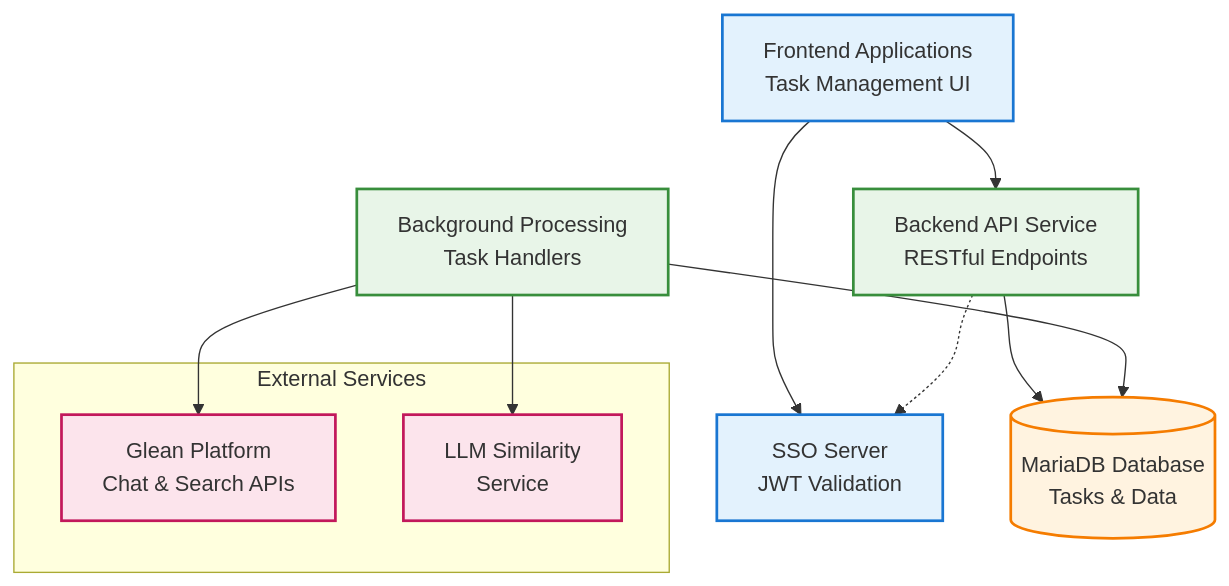
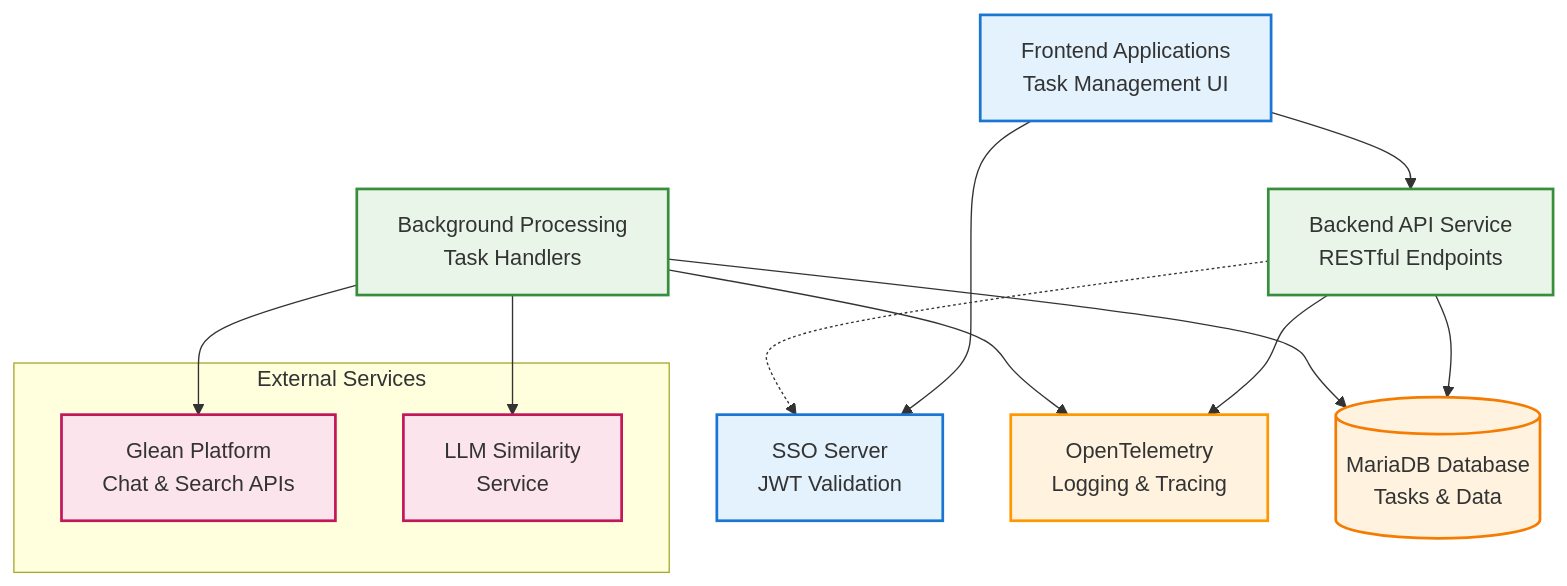
The first of 4 diagrams in docs/README.md (andrewhzy/cursor-learn), drawn with Mermaid before and after one commit. The commit also changed other lines of this file, not shown here.

First line of the commit message:
Enhance README.md with OpenTelemetry integration details

````diff
--- a/docs/README.md
+++ b/docs/README.md
@@ -24,39 +24,46 @@
 ```mermaid
 graph TB
     %% User Interface Layer
     FE[Frontend Applications<br/>Task Management UI]
     SSO[SSO Server<br/>JWT Validation]
     
     %% Core Services
     API[Backend API Service<br/>RESTful Endpoints]
     BGP[Background Processing<br/>Task Handlers]
+    
+    %% Observability Layer
+    OTEL[OpenTelemetry<br/>Logging & Tracing]
     
     %% External Services
     subgraph "External Services"
         Glean[Glean Platform<br/>Chat & Search APIs]
         LLM[LLM Similarity<br/>Service]
     end
     
     %% Data Layer
     DB[(MariaDB Database<br/>Tasks & Data)]
     
     %% High-level connections (simplified)
     FE --> API
     FE --> SSO
     API -.-> SSO
     API --> DB
+    API --> OTEL
     BGP --> DB
+    BGP --> OTEL
     BGP --> Glean
     BGP --> LLM
     
     %% Styling
     classDef frontend fill:#e3f2fd,stroke:#1976d2,stroke-width:2px
     classDef backend fill:#e8f5e8,stroke:#388e3c,stroke-width:2px
+    classDef observability fill:#fff3e0,stroke:#ff9800,stroke-width:2px
     classDef external fill:#fce4ec,stroke:#c2185b,stroke-width:2px
     classDef database fill:#fff3e0,stroke:#f57c00,stroke-width:2px
     
     class FE,SSO frontend
     class API,BGP backend
+    class OTEL observability
     class Glean,LLM external
     class DB database
 ```
````
